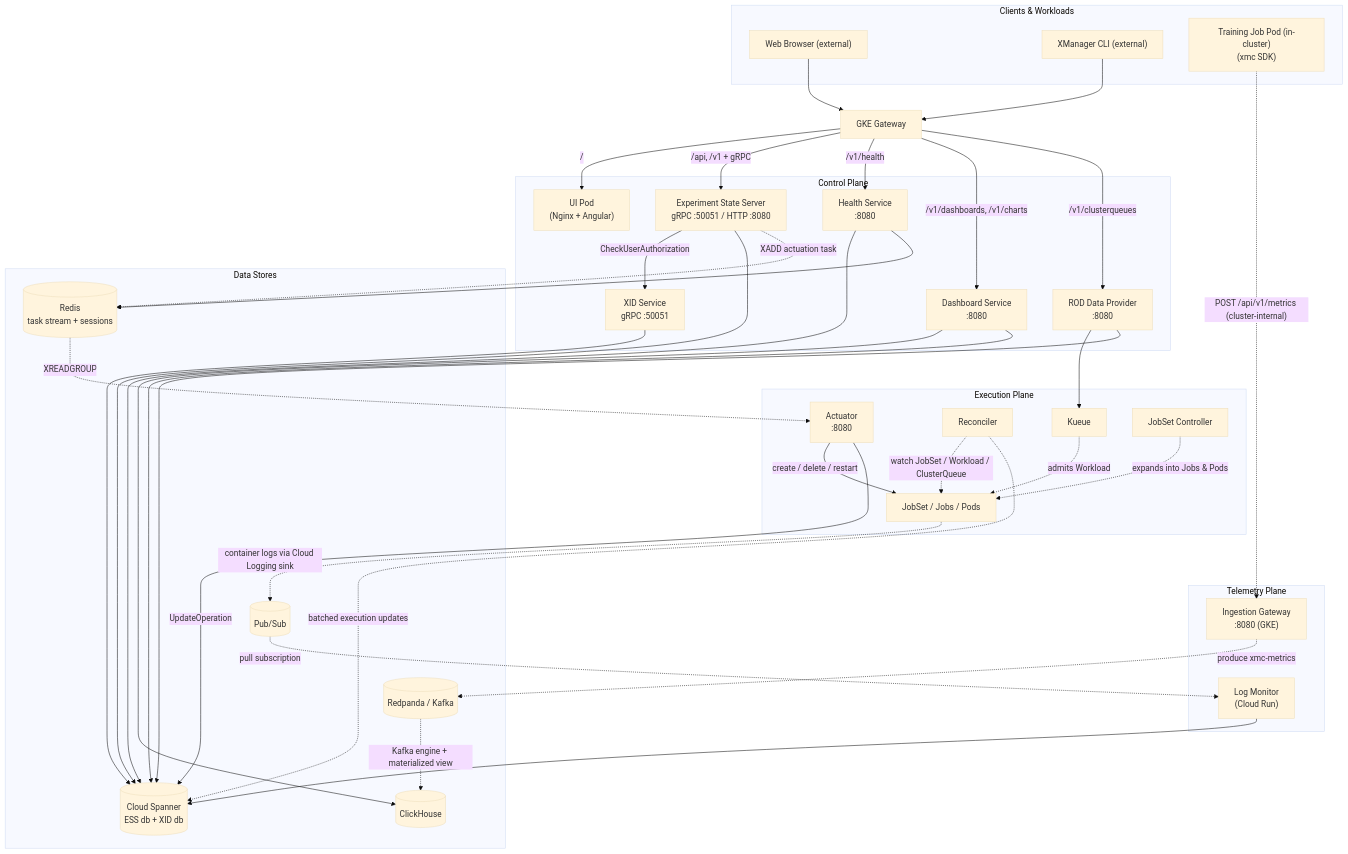
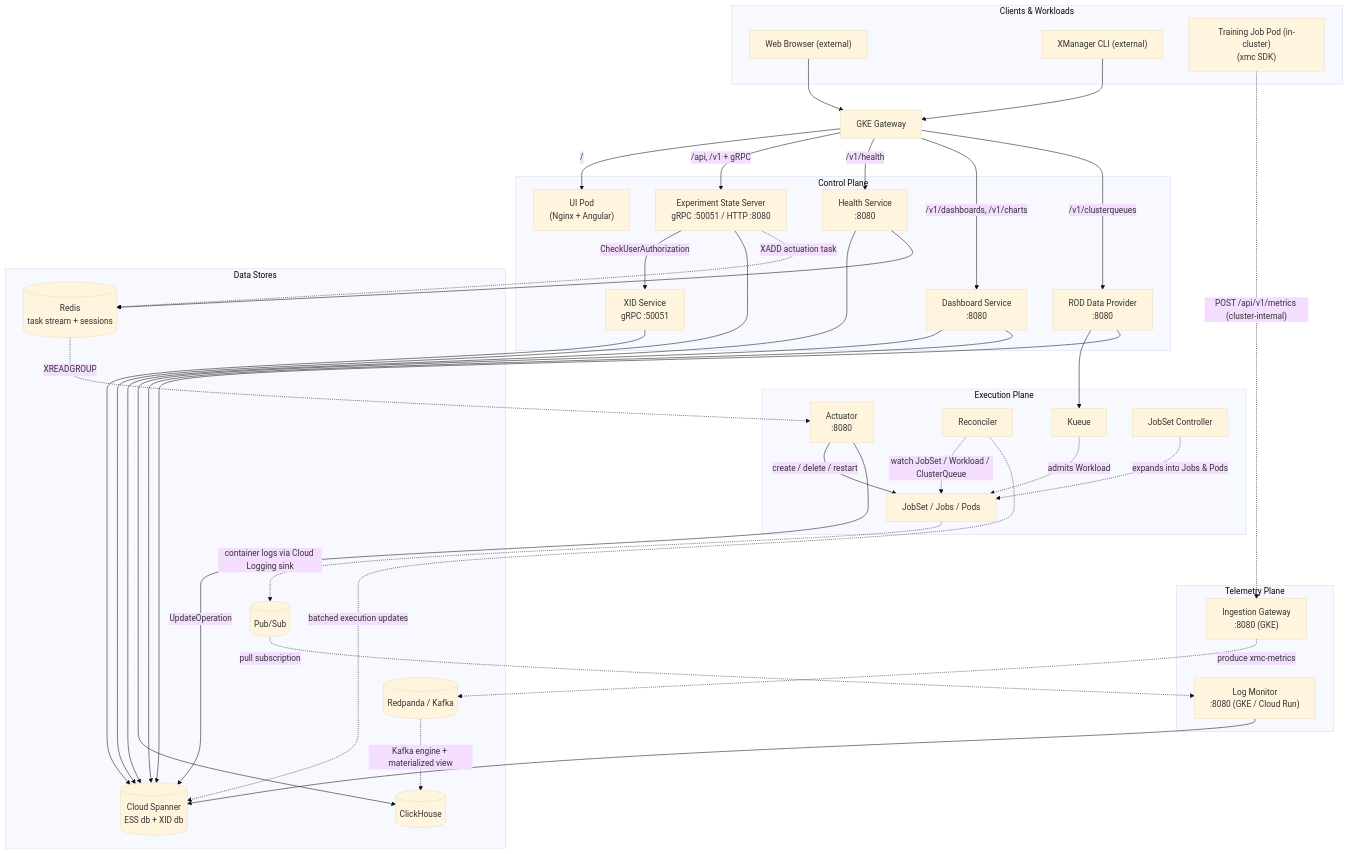
Before and after one commit to google/xmc: the third of 3 diagrams in docs/architecture/overview.md, drawn with Mermaid (base theme). The commit also changed other lines of this file and 15 other files, not shown here.

First line of the commit message:
feat(deploy): enable Log Monitor GKE deployment by default

````diff
--- a/docs/architecture/overview.md
+++ b/docs/architecture/overview.md
@@ -190,79 +191,79 @@
 ```mermaid
 graph TD
     subgraph Ext["Clients & Workloads"]
         Browser["Web Browser (external)"]
         CLIc["XManager CLI (external)"]
         Train["Training Job Pod (in-cluster)<br/>(xmc SDK)"]
     end
 
     GW["GKE Gateway"]
 
     subgraph Control["Control Plane"]
         ESS["Experiment State Server<br/>gRPC :50051 / HTTP :8080"]
         XID["XID Service<br/>gRPC :50051"]
         HS["Health Service<br/>:8080"]
         DS["Dashboard Service<br/>:8080"]
         ROD["ROD Data Provider<br/>:8080"]
         UIPod["UI Pod<br/>(Nginx + Angular)"]
     end
 
     subgraph Exec["Execution Plane"]
         ACT["Actuator<br/>:8080"]
         REC["Reconciler"]
         KUEUE["Kueue"]
         JSC["JobSet Controller"]
         JS["JobSet / Jobs / Pods"]
     end
 
     subgraph Tel["Telemetry Plane"]
         IG["Ingestion Gateway<br/>:8080 (GKE)"]
-        LM["Log Monitor<br/>(Cloud Run)"]
+        LM["Log Monitor<br/>:8080 (GKE / Cloud Run)"]
     end
 
     subgraph Stores["Data Stores"]
         SPAN[("Cloud Spanner<br/>ESS db + XID db")]
         REDIS[("Redis<br/>task stream + sessions")]
         RP[("Redpanda / Kafka")]
         CHDB[("ClickHouse")]
         PS[("Pub/Sub")]
     end
 
     Browser --> GW
     CLIc --> GW
 
     GW -->|"/"| UIPod
     GW -->|"/api, /v1 + gRPC"| ESS
     GW -->|"/v1/health"| HS
     GW -->|"/v1/dashboards, /v1/charts"| DS
     GW -->|"/v1/clusterqueues"| ROD
 
     ESS -->|"CheckUserAuthorization"| XID
     ESS --> SPAN
     XID --> SPAN
     ESS -.->|"XADD actuation task"| REDIS
     REDIS -.->|"XREADGROUP"| ACT
 
     ACT -->|"create / delete / restart"| JS
     KUEUE -.->|"admits Workload"| JS
     JSC -.->|"expands into Jobs & Pods"| JS
 
     REC -.->|"watch JobSet / Workload / ClusterQueue"| JS
     REC -.->|"batched execution updates"| SPAN
     ACT -->|"UpdateOperation"| SPAN
 
     ROD --> KUEUE
     ROD --> SPAN
 
     Train -.->|"POST /api/v1/metrics (cluster-internal)"| IG
     IG -.->|"produce xmc-metrics"| RP
     RP -.->|"Kafka engine + materialized view"| CHDB
     DS --> CHDB
     DS --> SPAN
 
     JS -.->|"container logs via Cloud Logging sink"| PS
     PS -.->|"pull subscription"| LM
     LM --> SPAN
 
     HS --> SPAN
     HS --> REDIS
 ```
````
